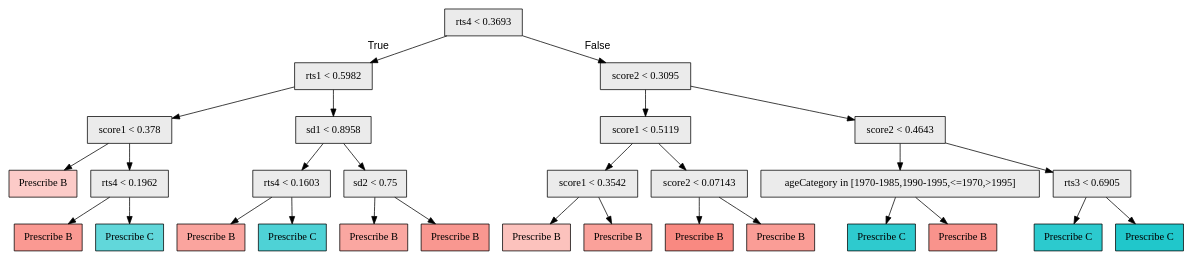
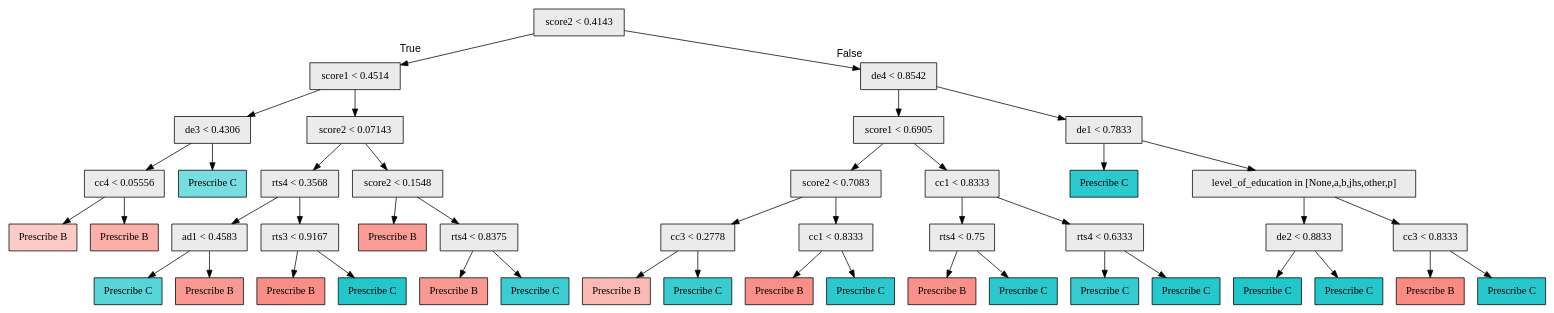
Before and after one commit to galitLukin/PersonalizedLearning: the diagram in python/model/1/dfe/pytree.dot, drawn with Graphviz. The commit also changed 13 other files, not shown here.

```diff
--- a/python/model/1/dfe/pytree.dot
+++ b/python/model/1/dfe/pytree.dot
@@ -1,59 +1,91 @@
 digraph "G" {
-1 [fillcolor="#EBEBEB", fontname="bold arial", label="rts4 &lt; 0.3693", shape=box, style="filled"];
-2 [fillcolor="#EBEBEB", fontname="bold arial", label="rts1 &lt; 0.5982", shape=box, style="filled"];
-3 [fillcolor="#EBEBEB", fontname="bold arial", label="score1 &lt; 0.378", shape=box, style="filled"];
-4 [color=black, fillcolor="#F8766D60", fontname="bold arial", label="Prescribe B", shape=box, style="filled"];
-5 [fillcolor="#EBEBEB", fontname="bold arial", label="rts4 &lt; 0.1962", shape=box, style="filled"];
-6 [color=black, fillcolor="#F8766Dbe", fontname="bold arial", label="Prescribe B", shape=box, style="filled"];
-7 [color=black, fillcolor="#00BFC49e", fontname="bold arial", label="Prescribe C", shape=box, style="filled"];
-8 [fillcolor="#EBEBEB", fontname="bold arial", label="sd1 &lt; 0.8958", shape=box, style="filled"];
-9 [fillcolor="#EBEBEB", fontname="bold arial", label="rts4 &lt; 0.1603", shape=box, style="filled"];
-10 [color=black, fillcolor="#F8766Da9", fontname="bold arial", label="Prescribe B", shape=box, style="filled"];
-11 [color=black, fillcolor="#00BFC4b1", fontname="bold arial", label="Prescribe C", shape=box, style="filled"];
-12 [fillcolor="#EBEBEB", fontname="bold arial", label="sd2 &lt; 0.75", shape=box, style="filled"];
-13 [color=black, fillcolor="#F8766Da4", fontname="bold arial", label="Prescribe B", shape=box, style="filled"];
-14 [color=black, fillcolor="#F8766Dc1", fontname="bold arial", label="Prescribe B", shape=box, style="filled"];
-15 [fillcolor="#EBEBEB", fontname="bold arial", label="score2 &lt; 0.3095", shape=box, style="filled"];
-16 [fillcolor="#EBEBEB", fontname="bold arial", label="score1 &lt; 0.5119", shape=box, style="filled"];
-17 [fillcolor="#EBEBEB", fontname="bold arial", label="score1 &lt; 0.3542", shape=box, style="filled"];
-18 [color=black, fillcolor="#F8766D72", fontname="bold arial", label="Prescribe B", shape=box, style="filled"];
-19 [color=black, fillcolor="#F8766Daf", fontname="bold arial", label="Prescribe B", shape=box, style="filled"];
-20 [fillcolor="#EBEBEB", fontname="bold arial", label="score2 &lt; 0.07143", shape=box, style="filled"];
-21 [color=black, fillcolor="#F8766Ddb", fontname="bold arial", label="Prescribe B", shape=box, style="filled"];
-22 [color=black, fillcolor="#F8766Db6", fontname="bold arial", label="Prescribe B", shape=box, style="filled"];
-23 [fillcolor="#EBEBEB", fontname="bold arial", label="score2 &lt; 0.4643", shape=box, style="filled"];
-24 [fillcolor="#EBEBEB", fontname="bold arial", label="ageCategory in [1970-1985,1990-1995,&lt;=1970,&gt;1995]", shape=box, style="filled"];
-25 [color=black, fillcolor="#00BFC4d1", fontname="bold arial", label="Prescribe C", shape=box, style="filled"];
-26 [color=black, fillcolor="#F8766Dc9", fontname="bold arial", label="Prescribe B", shape=box, style="filled"];
-27 [fillcolor="#EBEBEB", fontname="bold arial", label="rts3 &lt; 0.6905", shape=box, style="filled"];
-28 [color=black, fillcolor="#00BFC4d3", fontname="bold arial", label="Prescribe C", shape=box, style="filled"];
-29 [color=black, fillcolor="#00BFC4df", fontname="bold arial", label="Prescribe C", shape=box, style="filled"];
+1 [fillcolor="#EBEBEB", fontname="bold arial", label="score2 &lt; 0.4143", shape=box, style="filled"];
+2 [fillcolor="#EBEBEB", fontname="bold arial", label="score1 &lt; 0.4514", shape=box, style="filled"];
+3 [fillcolor="#EBEBEB", fontname="bold arial", label="de3 &lt; 0.4306", shape=box, style="filled"];
+4 [fillcolor="#EBEBEB", fontname="bold arial", label="cc4 &lt; 0.05556", shape=box, style="filled"];
+5 [color=black, fillcolor="#F8766D60", fontname="bold arial", label="Prescribe B", shape=box, style="filled"];
+6 [color=black, fillcolor="#F8766D95", fontname="bold arial", label="Prescribe B", shape=box, style="filled"];
+7 [color=black, fillcolor="#00BFC487", fontname="bold arial", label="Prescribe C", shape=box, style="filled"];
+8 [fillcolor="#EBEBEB", fontname="bold arial", label="score2 &lt; 0.07143", shape=box, style="filled"];
+9 [fillcolor="#EBEBEB", fontname="bold arial", label="rts4 &lt; 0.3568", shape=box, style="filled"];
+10 [fillcolor="#EBEBEB", fontname="bold arial", label="ad1 &lt; 0.4583", shape=box, style="filled"];
+11 [color=black, fillcolor="#00BFC4a7", fontname="bold arial", label="Prescribe C", shape=box, style="filled"];
+12 [color=black, fillcolor="#F8766Dbd", fontname="bold arial", label="Prescribe B", shape=box, style="filled"];
+13 [fillcolor="#EBEBEB", fontname="bold arial", label="rts3 &lt; 0.9167", shape=box, style="filled"];
+14 [color=black, fillcolor="#F8766Dd1", fontname="bold arial", label="Prescribe B", shape=box, style="filled"];
+15 [color=black, fillcolor="#00BFC4dd", fontname="bold arial", label="Prescribe C", shape=box, style="filled"];
+16 [fillcolor="#EBEBEB", fontname="bold arial", label="score2 &lt; 0.1548", shape=box, style="filled"];
+17 [color=black, fillcolor="#F8766Db8", fontname="bold arial", label="Prescribe B", shape=box, style="filled"];
+18 [fillcolor="#EBEBEB", fontname="bold arial", label="rts4 &lt; 0.8375", shape=box, style="filled"];
+19 [color=black, fillcolor="#F8766Dbd", fontname="bold arial", label="Prescribe B", shape=box, style="filled"];
+20 [color=black, fillcolor="#00BFC4c4", fontname="bold arial", label="Prescribe C", shape=box, style="filled"];
+21 [fillcolor="#EBEBEB", fontname="bold arial", label="de4 &lt; 0.8542", shape=box, style="filled"];
+22 [fillcolor="#EBEBEB", fontname="bold arial", label="score1 &lt; 0.6905", shape=box, style="filled"];
+23 [fillcolor="#EBEBEB", fontname="bold arial", label="score2 &lt; 0.7083", shape=box, style="filled"];
+24 [fillcolor="#EBEBEB", fontname="bold arial", label="cc3 &lt; 0.2778", shape=box, style="filled"];
+25 [color=black, fillcolor="#F8766D82", fontname="bold arial", label="Prescribe B", shape=box, style="filled"];
+26 [color=black, fillcolor="#00BFC4c8", fontname="bold arial", label="Prescribe C", shape=box, style="filled"];
+27 [fillcolor="#EBEBEB", fontname="bold arial", label="cc1 &lt; 0.8333", shape=box, style="filled"];
+28 [color=black, fillcolor="#F8766Dd0", fontname="bold arial", label="Prescribe B", shape=box, style="filled"];
+29 [color=black, fillcolor="#00BFC4d4", fontname="bold arial", label="Prescribe C", shape=box, style="filled"];
+30 [fillcolor="#EBEBEB", fontname="bold arial", label="cc1 &lt; 0.8333", shape=box, style="filled"];
+31 [fillcolor="#EBEBEB", fontname="bold arial", label="rts4 &lt; 0.75", shape=box, style="filled"];
+32 [color=black, fillcolor="#F8766Dce", fontname="bold arial", label="Prescribe B", shape=box, style="filled"];
+33 [color=black, fillcolor="#00BFC4d5", fontname="bold arial", label="Prescribe C", shape=box, style="filled"];
+34 [fillcolor="#EBEBEB", fontname="bold arial", label="rts4 &lt; 0.6333", shape=box, style="filled"];
+35 [color=black, fillcolor="#00BFC4cb", fontname="bold arial", label="Prescribe C", shape=box, style="filled"];
+36 [color=black, fillcolor="#00BFC4da", fontname="bold arial", label="Prescribe C", shape=box, style="filled"];
+37 [fillcolor="#EBEBEB", fontname="bold arial", label="de1 &lt; 0.7833", shape=box, style="filled"];
+38 [color=black, fillcolor="#00BFC4d3", fontname="bold arial", label="Prescribe C", shape=box, style="filled"];
+39 [fillcolor="#EBEBEB", fontname="bold arial", label="level_of_education in [None,a,b,jhs,other,p]", shape=box, style="filled"];
+40 [fillcolor="#EBEBEB", fontname="bold arial", label="de2 &lt; 0.8833", shape=box, style="filled"];
+41 [color=black, fillcolor="#00BFC4df", fontname="bold arial", label="Prescribe C", shape=box, style="filled"];
+42 [color=black, fillcolor="#00BFC4de", fontname="bold arial", label="Prescribe C", shape=box, style="filled"];
+43 [fillcolor="#EBEBEB", fontname="bold arial", label="cc3 &lt; 0.8333", shape=box, style="filled"];
+44 [color=black, fillcolor="#F8766Dd7", fontname="bold arial", label="Prescribe B", shape=box, style="filled"];
+45 [color=black, fillcolor="#00BFC4d8", fontname="bold arial", label="Prescribe C", shape=box, style="filled"];
 1 -> 2  [fontname="arial", headlabel="True", key=0, labelangle=45, labeldistance="2.5"];
-1 -> 15  [fontname="arial", headlabel="False", key=0, labelangle="-45", labeldistance="2.5"];
+1 -> 21  [fontname="arial", headlabel="False", key=0, labelangle="-45", labeldistance="2.5"];
 2 -> 3  [key=0];
 2 -> 8  [key=0];
 3 -> 4  [key=0];
-3 -> 5  [key=0];
-5 -> 6  [key=0];
-5 -> 7  [key=0];
+3 -> 7  [key=0];
+4 -> 5  [key=0];
+4 -> 6  [key=0];
 8 -> 9  [key=0];
-8 -> 12  [key=0];
+8 -> 16  [key=0];
 9 -> 10  [key=0];
-9 -> 11  [key=0];
-12 -> 13  [key=0];
-12 -> 14  [key=0];
-15 -> 16  [key=0];
-15 -> 23  [key=0];
+9 -> 13  [key=0];
+10 -> 11  [key=0];
+10 -> 12  [key=0];
+13 -> 14  [key=0];
+13 -> 15  [key=0];
 16 -> 17  [key=0];
-16 -> 20  [key=0];
-17 -> 18  [key=0];
-17 -> 19  [key=0];
-20 -> 21  [key=0];
-20 -> 22  [key=0];
+16 -> 18  [key=0];
+18 -> 19  [key=0];
+18 -> 20  [key=0];
+21 -> 22  [key=0];
+21 -> 37  [key=0];
+22 -> 23  [key=0];
+22 -> 30  [key=0];
 23 -> 24  [key=0];
 23 -> 27  [key=0];
 24 -> 25  [key=0];
 24 -> 26  [key=0];
 27 -> 28  [key=0];
 27 -> 29  [key=0];
+30 -> 31  [key=0];
+30 -> 34  [key=0];
+31 -> 32  [key=0];
+31 -> 33  [key=0];
+34 -> 35  [key=0];
+34 -> 36  [key=0];
+37 -> 38  [key=0];
+37 -> 39  [key=0];
+39 -> 40  [key=0];
+39 -> 43  [key=0];
+40 -> 41  [key=0];
+40 -> 42  [key=0];
+43 -> 44  [key=0];
+43 -> 45  [key=0];
 }
```
